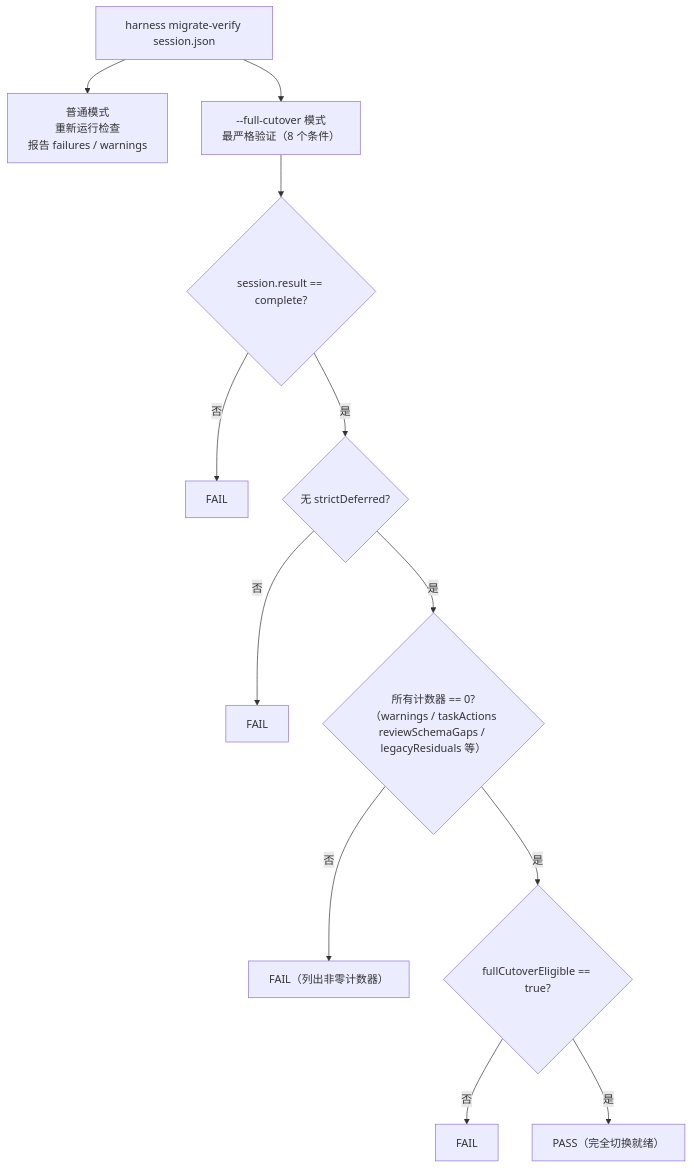
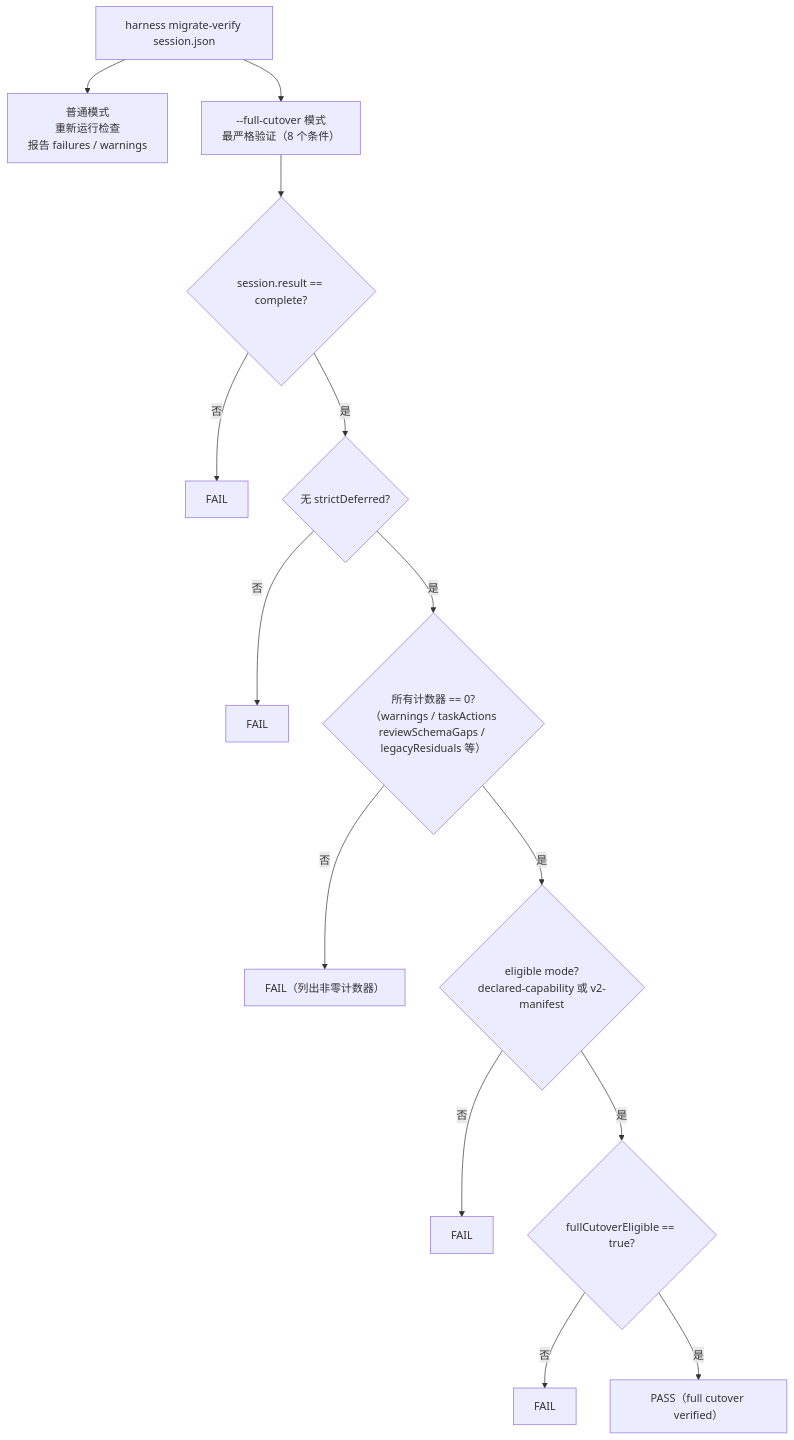
One commit to VALM-Labs/coding-agent-harness changed the ninth of 10 diagrams in docs-release/architecture/system-explainer/06-preset-and-migration.md. Above: the diagram before and after it, drawn with Mermaid. The commit also changed other lines of this file and 6 other files, not shown here.

Commit message:
docs: align full cutover documentation gates

````diff
--- a/docs-release/architecture/system-explainer/06-preset-and-migration.md
+++ b/docs-release/architecture/system-explainer/06-preset-and-migration.md
@@ -198,18 +198,20 @@
 ```mermaid
 flowchart TD
   Verify["harness migrate-verify session.json"]
 
   Verify --> Normal["普通模式\n重新运行检查\n报告 failures / warnings"]
 
   Verify --> FullCutover["--full-cutover 模式\n最严格验证（8 个条件）"]
 
   FullCutover --> C1{"session.result == complete?"}
   C1 -->|"否"| F1["FAIL"]
   C1 -->|"是"| C2{"无 strictDeferred?"}
   C2 -->|"否"| F2["FAIL"]
   C2 -->|"是"| C3{"所有计数器 == 0?\n（warnings / taskActions\nreviewSchemaGaps / legacyResiduals 等）"}
   C3 -->|"否"| F3["FAIL（列出非零计数器）"]
-  C3 -->|"是"| C4{"fullCutoverEligible == true?"}
+  C3 -->|"是"| C4{"eligible mode?\ndeclared-capability 或 v2-manifest"}
   C4 -->|"否"| F4["FAIL"]
-  C4 -->|"是"| P1["PASS（完全切换就绪）"]
+  C4 -->|"是"| C5{"fullCutoverEligible == true?"}
+  C5 -->|"否"| F5["FAIL"]
+  C5 -->|"是"| P1["PASS（full cutover verified）"]
 ```
````
